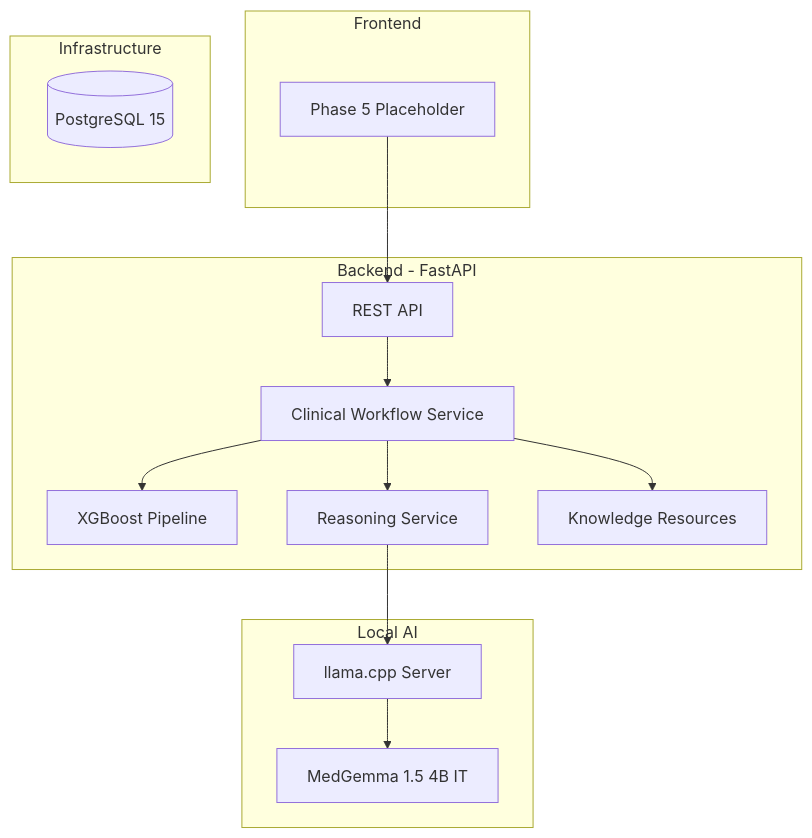
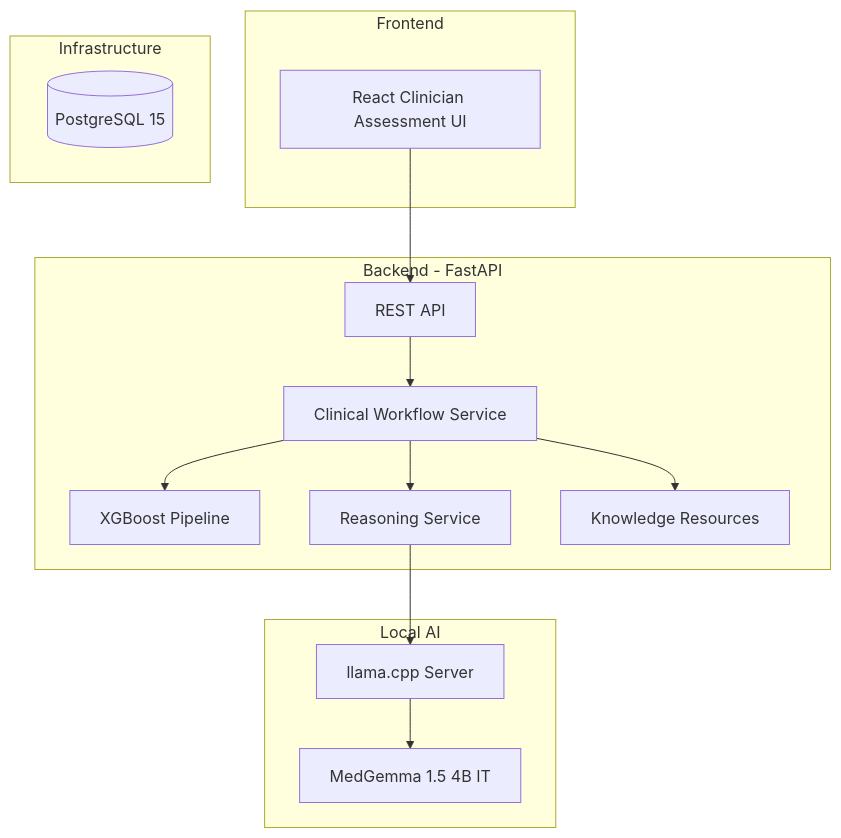
The third of 3 diagrams in README.md (harshavardhanmalipeddi1-innovates/MedIntel), drawn with Mermaid before and after one commit. The commit also changed other lines of this file and 2 other files, not shown here.

Commit message:
Phase 8.6: finalize readiness acceptance documentation

````diff
--- a/README.md
+++ b/README.md
@@ -183,31 +193,31 @@
 ```mermaid
 graph TB
     subgraph Frontend["Frontend"]
-        FE[Phase 5 Placeholder]
+        FE[React Clinician Assessment UI]
     end
 
     subgraph Backend["Backend - FastAPI"]
         API[REST API]
         WF[Clinical Workflow Service]
         ML[XGBoost Pipeline]
         RS[Reasoning Service]
         KB[Knowledge Resources]
     end
 
     subgraph LocalAI["Local AI"]
         MG[MedGemma 1.5 4B IT]
         LLAMA[llama.cpp Server]
     end
 
     subgraph Data["Infrastructure"]
         PG[(PostgreSQL 15)]
     end
 
     FE --> API
     API --> WF
     WF --> ML
     WF --> KB
     WF --> RS
     RS --> LLAMA
     LLAMA --> MG
 ```
````
